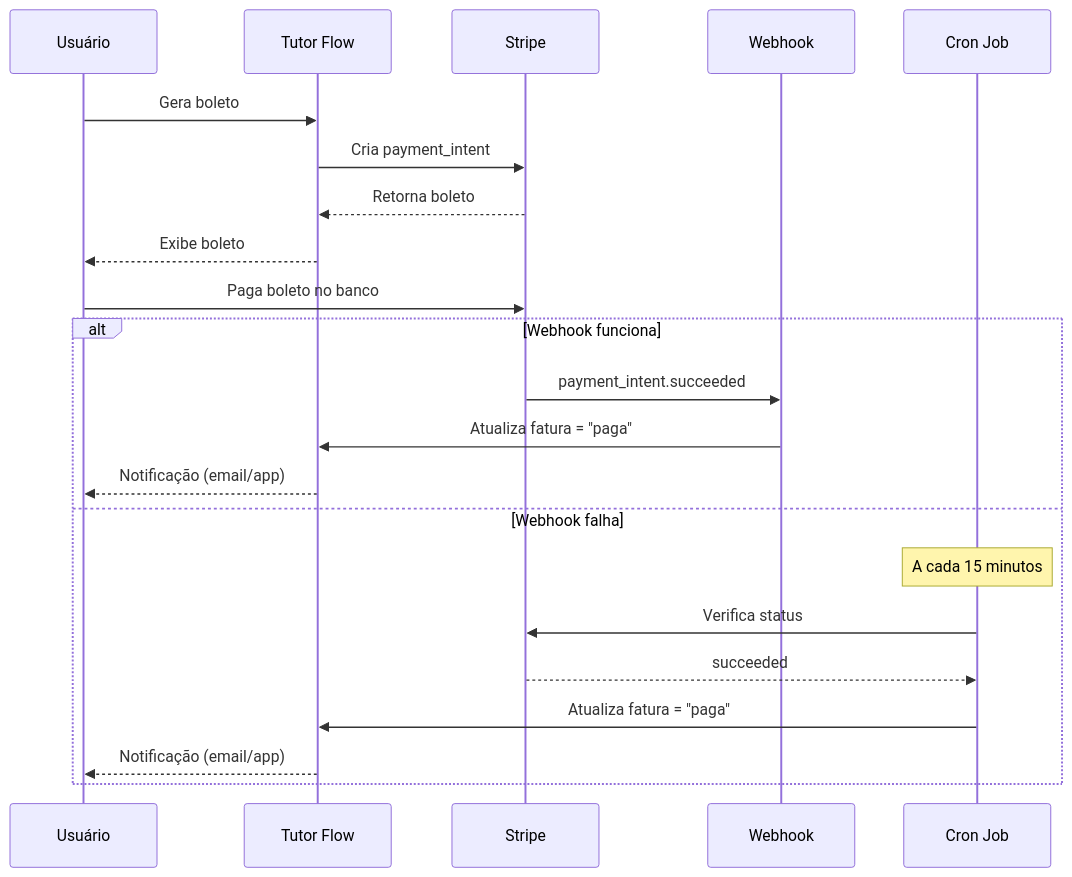
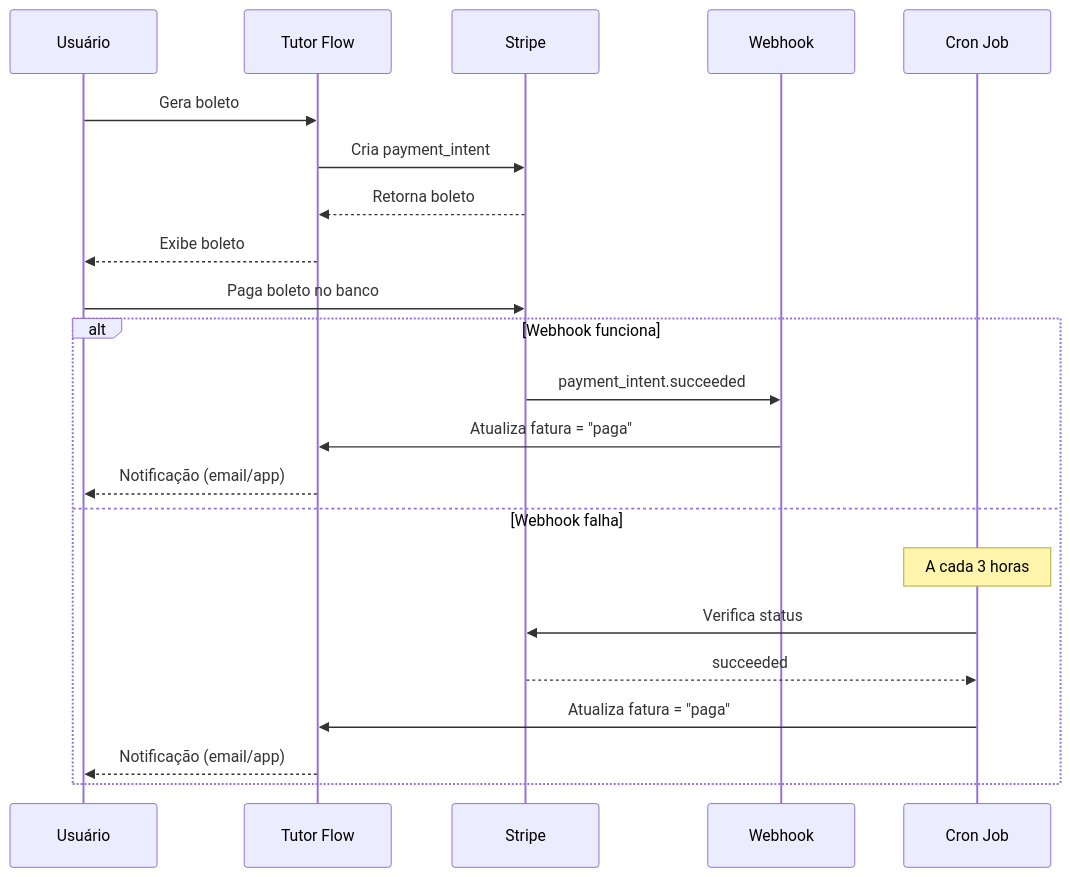
One commit to iaparatodos-br/tutor-flow-final-52 changed the diagram in docs/boleto-payment-verification.md. Above: the diagram before and after it, drawn with Mermaid. The commit also changed other lines of this file and 1 other file, not shown here.

````diff
--- a/docs/boleto-payment-verification.md
+++ b/docs/boleto-payment-verification.md
@@ -150,27 +150,27 @@
 ```mermaid
 sequenceDiagram
     participant U as Usuário
     participant TF as Tutor Flow
     participant S as Stripe
     participant W as Webhook
     participant C as Cron Job
 
     U->>TF: Gera boleto
     TF->>S: Cria payment_intent
     S-->>TF: Retorna boleto
     TF-->>U: Exibe boleto
     
     U->>S: Paga boleto no banco
     
     alt Webhook funciona
         S->>W: payment_intent.succeeded
         W->>TF: Atualiza fatura = "paga"
         TF-->>U: Notificação (email/app)
     else Webhook falha
-        Note over C: A cada 15 minutos
+        Note over C: A cada 3 horas
         C->>S: Verifica status
         S-->>C: succeeded
         C->>TF: Atualiza fatura = "paga"
         TF-->>U: Notificação (email/app)
     end
 ```
````
